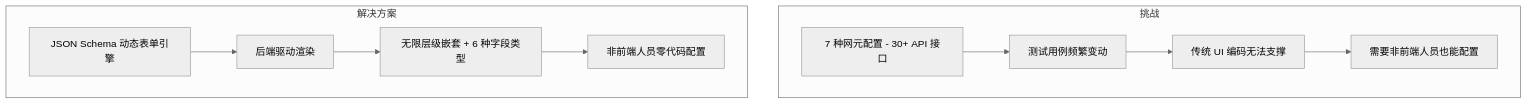
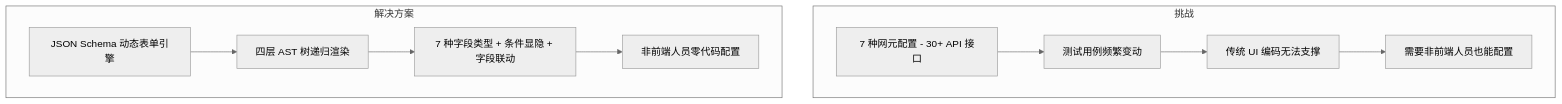
Before and after one commit to KMaybe01/common: the fourth of 55 diagrams in S4-面试冲刺/02-简历问题.md, drawn with Mermaid (neutral theme). The commit also changed other lines of this file and 15 other files, not shown here.

````diff
--- a/S4-面试冲刺/02-简历问题.md
+++ b/S4-面试冲刺/02-简历问题.md
@@ -947,14 +693,14 @@
 ```mermaid
 flowchart TD
   subgraph "挑战"
     C1["7 种网元配置 - 30+ API 接口"] --> C2["测试用例频繁变动"]
     C2 --> C3["传统 UI 编码无法支撑"]
     C3 --> C4["需要非前端人员也能配置"]
   end
 
   subgraph "解决方案"
-    S1["JSON Schema 动态表单引擎"] --> S2["后端驱动渲染"]
-    S2 --> S3["无限层级嵌套 + 6 种字段类型"]
+    S1["JSON Schema 动态表单引擎"] --> S2["四层 AST 树递归渲染"]
+    S2 --> S3["7 种字段类型 + 条件显隐 + 字段联动"]
     S3 --> S4["非前端人员零代码配置"]
   end
 ```
````
